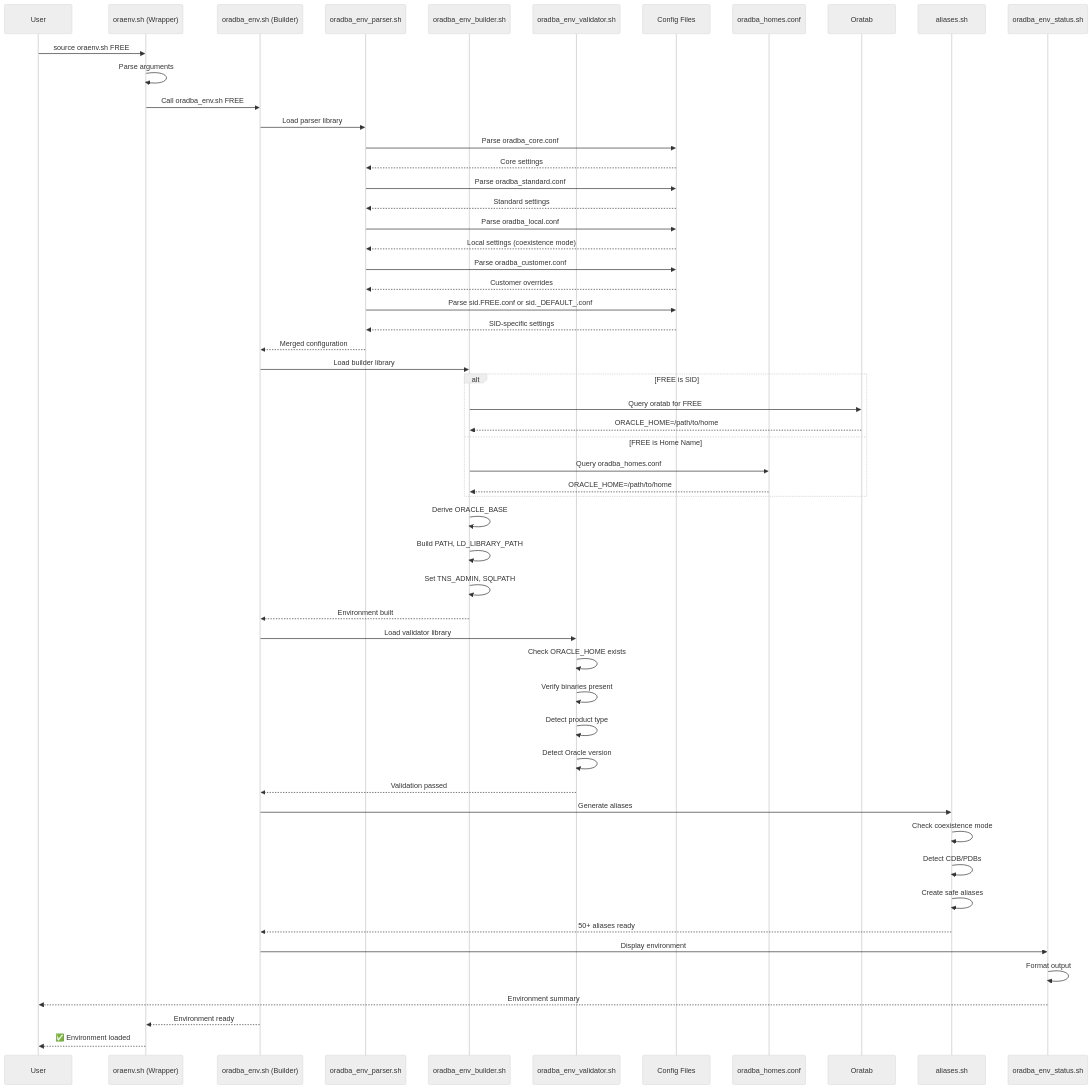
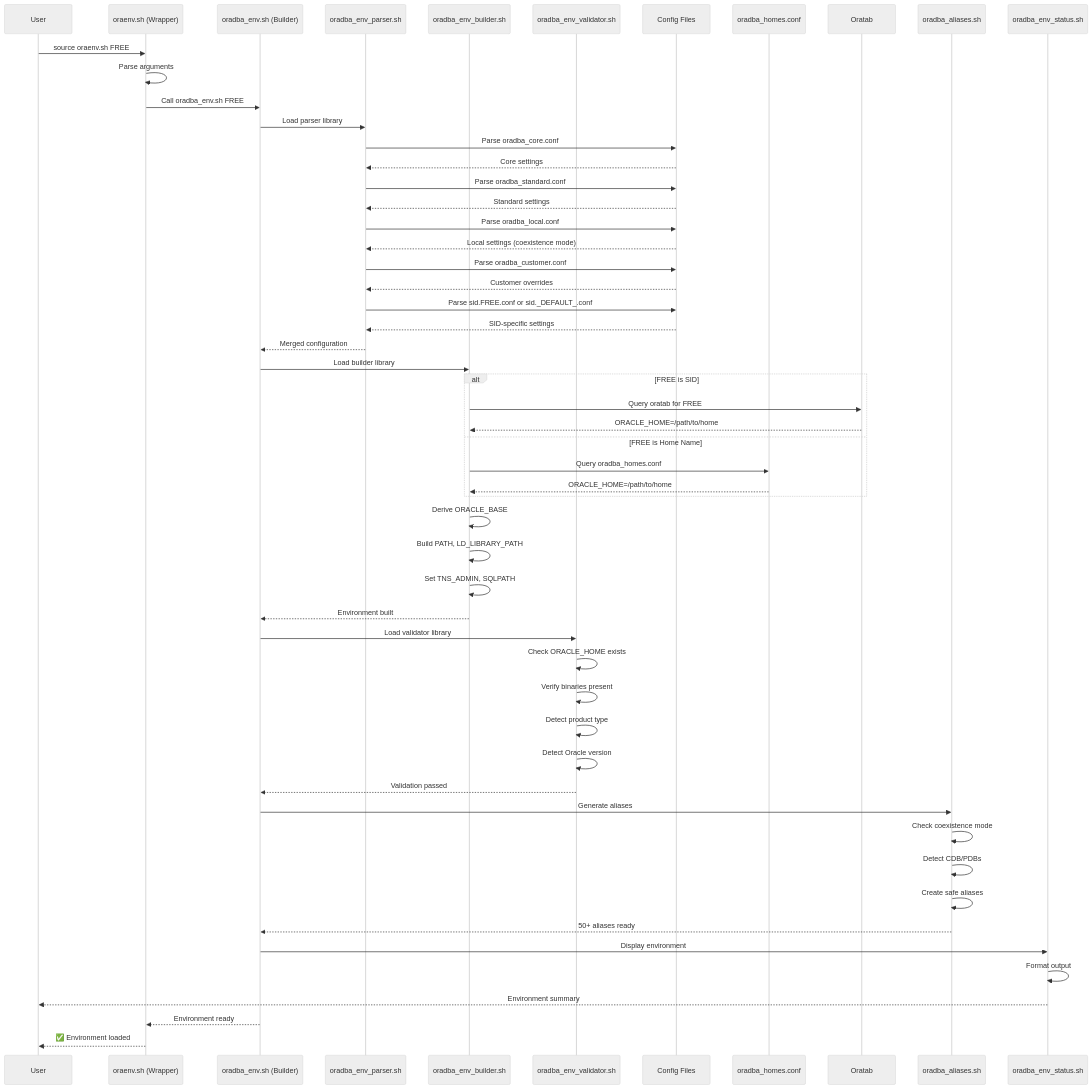
The ninth of 13 diagrams in doc/images/source/diagrams-mermaid.md (oehrlis/oradba), drawn with Mermaid (neutral theme) before and after one commit. The commit also changed other lines of this file and 35 other files, not shown here.

````diff
--- a/doc/images/source/diagrams-mermaid.md
+++ b/doc/images/source/diagrams-mermaid.md
@@ -544,71 +544,71 @@
 ```mermaid
 sequenceDiagram
     participant User
     participant oraenv.sh as oraenv.sh (Wrapper)
     participant oradba_env as oradba_env.sh (Builder)
     participant Parser as oradba_env_parser.sh
     participant Builder as oradba_env_builder.sh
     participant Validator as oradba_env_validator.sh
     participant Config as Config Files
     participant Homes as oradba_homes.conf
     participant Oratab
-    participant Aliases as aliases.sh
+    participant Aliases as oradba_aliases.sh
     participant Status as oradba_env_status.sh
     
     User->>oraenv.sh: source oraenv.sh FREE
     oraenv.sh->>oraenv.sh: Parse arguments
     oraenv.sh->>oradba_env: Call oradba_env.sh FREE
     
     oradba_env->>Parser: Load parser library
     Parser->>Config: Parse oradba_core.conf
     Config-->>Parser: Core settings
     
     Parser->>Config: Parse oradba_standard.conf
     Config-->>Parser: Standard settings
     
     Parser->>Config: Parse oradba_local.conf
     Config-->>Parser: Local settings (coexistence mode)
     
     Parser->>Config: Parse oradba_customer.conf
     Config-->>Parser: Customer overrides
     
     Parser->>Config: Parse sid.FREE.conf or sid._DEFAULT_.conf
     Config-->>Parser: SID-specific settings
     
     Parser-->>oradba_env: Merged configuration
     
     oradba_env->>Builder: Load builder library
     
     alt FREE is SID
         Builder->>Oratab: Query oratab for FREE
         Oratab-->>Builder: ORACLE_HOME=/path/to/home
     else FREE is Home Name
         Builder->>Homes: Query oradba_homes.conf
         Homes-->>Builder: ORACLE_HOME=/path/to/home
     end
     
     Builder->>Builder: Derive ORACLE_BASE
     Builder->>Builder: Build PATH, LD_LIBRARY_PATH
     Builder->>Builder: Set TNS_ADMIN, SQLPATH
     Builder-->>oradba_env: Environment built
     
     oradba_env->>Validator: Load validator library
     Validator->>Validator: Check ORACLE_HOME exists
     Validator->>Validator: Verify binaries present
     Validator->>Validator: Detect product type
     Validator->>Validator: Detect Oracle version
     Validator-->>oradba_env: Validation passed
     
     oradba_env->>Aliases: Generate aliases
     Aliases->>Aliases: Check coexistence mode
     Aliases->>Aliases: Detect CDB/PDBs
     Aliases->>Aliases: Create safe aliases
     Aliases-->>oradba_env: 50+ aliases ready
     
     oradba_env->>Status: Display environment
     Status->>Status: Format output
     Status-->>User: Environment summary
     
     oradba_env-->>oraenv.sh: Environment ready
     oraenv.sh-->>User: ✅ Environment loaded
 ```
````
